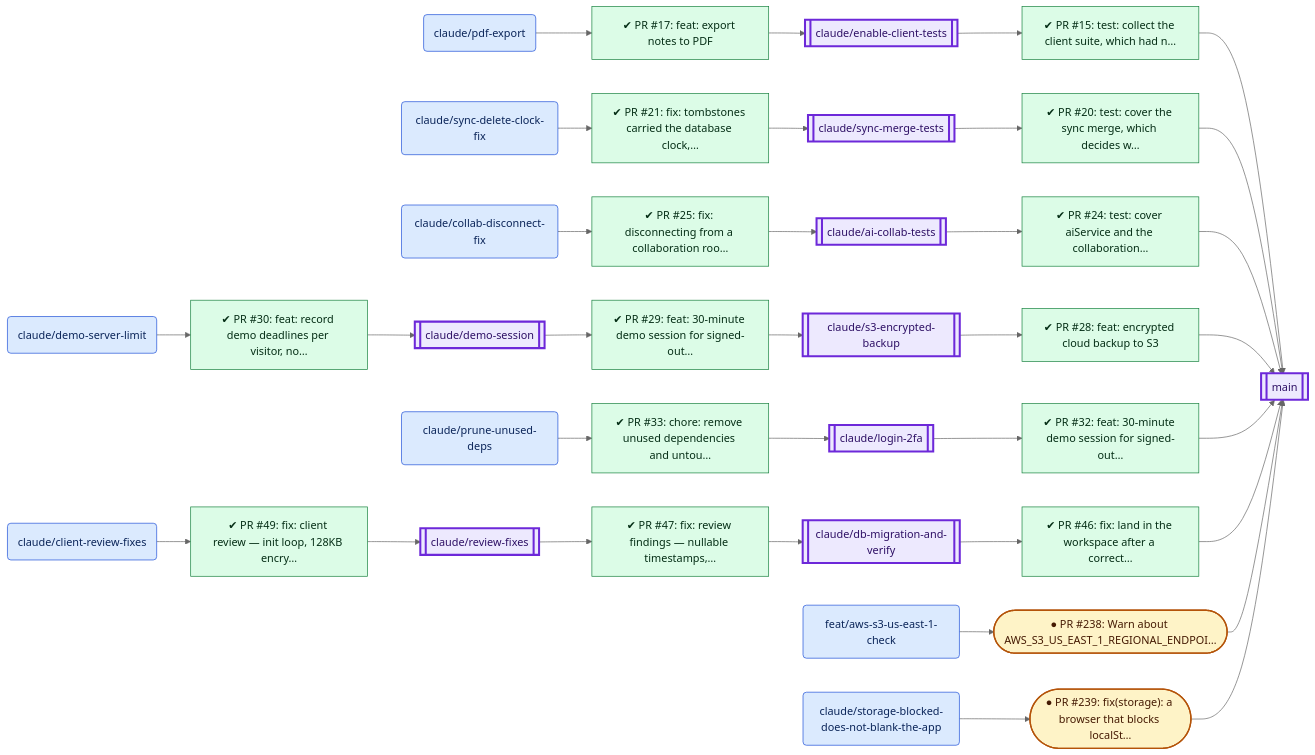
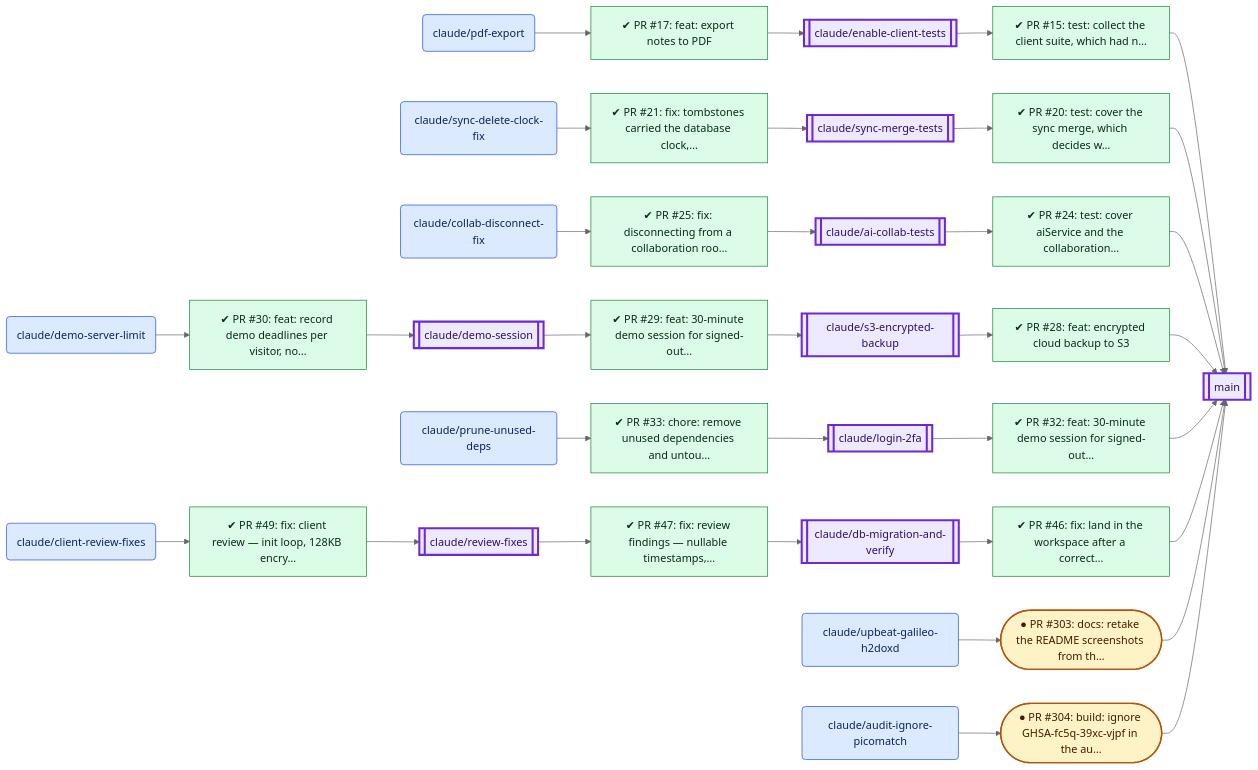
The second of 7 diagrams in docs/PR_BRANCH_VISUALIZATION.md (VijayKumaro7/NotionAI_Notepad), drawn with Mermaid (neutral theme) before and after one commit. The commit also changed other lines of this file and 2 other files, not shown here.

````diff
--- a/docs/PR_BRANCH_VISUALIZATION.md
+++ b/docs/PR_BRANCH_VISUALIZATION.md
@@ -77,73 +77,73 @@
 ```mermaid
 flowchart LR
-  b24[["claude/enable-client-tests"]]:::target
-  b133[["main"]]:::target
-  b38("claude/pdf-export"):::source
-  b61[["claude/sync-merge-tests"]]:::target
-  b60("claude/sync-delete-clock-fix"):::source
-  b7[["claude/ai-collab-tests"]]:::target
-  b14("claude/collab-disconnect-fix"):::source
-  b47[["claude/s3-encrypted-backup"]]:::target
-  b20[["claude/demo-session"]]:::target
-  b19("claude/demo-server-limit"):::source
-  b37[["claude/login-2fa"]]:::target
-  b40("claude/prune-unused-deps"):::source
-  b18[["claude/db-migration-and-verify"]]:::target
-  b46[["claude/review-fixes"]]:::target
-  b10("claude/client-review-fixes"):::source
-  b118("feat/aws-s3-us-east-1-check"):::source
-  b58("claude/storage-blocked-does-not-blank-the-app"):::source
+  b31[["claude/enable-client-tests"]]:::target
+  b184[["main"]]:::target
+  b50("claude/pdf-export"):::source
+  b82[["claude/sync-merge-tests"]]:::target
+  b81("claude/sync-delete-clock-fix"):::source
+  b8[["claude/ai-collab-tests"]]:::target
+  b19("claude/collab-disconnect-fix"):::source
+  b64[["claude/s3-encrypted-backup"]]:::target
+  b26[["claude/demo-session"]]:::target
+  b25("claude/demo-server-limit"):::source
+  b48[["claude/login-2fa"]]:::target
+  b53("claude/prune-unused-deps"):::source
+  b24[["claude/db-migration-and-verify"]]:::target
+  b63[["claude/review-fixes"]]:::target
+  b14("claude/client-review-fixes"):::source
+  b94("claude/upbeat-galileo-h2doxd"):::source
+  b10("claude/audit-ignore-picomatch"):::source
   p15["✔ PR #15: test: collect the client suite, which had n…"]:::merged
   p17["✔ PR #17: feat: export notes to PDF"]:::merged
   p20["✔ PR #20: test: cover the sync merge, which decides w…"]:::merged
   p21["✔ PR #21: fix: tombstones carried the database clock,…"]:::merged
   p24["✔ PR #24: test: cover aiService and the collaboration…"]:::merged
   p25["✔ PR #25: fix: disconnecting from a collaboration roo…"]:::merged
   p28["✔ PR #28: feat: encrypted cloud backup to S3"]:::merged
   p29["✔ PR #29: feat: 30-minute demo session for signed-out…"]:::merged
   p30["✔ PR #30: feat: record demo deadlines per visitor, no…"]:::merged
   p32["✔ PR #32: feat: 30-minute demo session for signed-out…"]:::merged
   p33["✔ PR #33: chore: remove unused dependencies and untou…"]:::merged
   p46["✔ PR #46: fix: land in the workspace after a correct…"]:::merged
   p47["✔ PR #47: fix: review findings — nullable timestamps,…"]:::merged
   p49["✔ PR #49: fix: client review — init loop, 128KB encry…"]:::merged
-  p238(["● PR #238: Warn about AWS_S3_US_EAST_1_REGIONAL_ENDPOI…"]):::open
-  p239(["● PR #239: fix(storage): a browser that blocks localSt…"]):::open
-  b24 --> p15
-  p15 --> b133
-  b38 --> p17
-  p17 --> b24
-  b61 --> p20
-  p20 --> b133
-  b60 --> p21
-  p21 --> b61
-  b7 --> p24
-  p24 --> b133
-  b14 --> p25
-  p25 --> b7
-  b47 --> p28
-  p28 --> b133
-  b20 --> p29
-  p29 --> b47
-  b19 --> p30
-  p30 --> b20
-  b37 --> p32
-  p32 --> b133
-  b40 --> p33
-  p33 --> b37
-  b18 --> p46
-  p46 --> b133
-  b46 --> p47
-  p47 --> b18
-  b10 --> p49
-  p49 --> b46
-  b118 --> p238
-  p238 --> b133
-  b58 --> p239
-  p239 --> b133
+  p303(["● PR #303: docs: retake the README screenshots from th…"]):::open
+  p304(["● PR #304: build: ignore GHSA-fc5q-39xc-vjpf in the au…"]):::open
+  b31 --> p15
+  p15 --> b184
+  b50 --> p17
+  p17 --> b31
+  b82 --> p20
+  p20 --> b184
+  b81 --> p21
+  p21 --> b82
+  b8 --> p24
+  p24 --> b184
+  b19 --> p25
+  p25 --> b8
+  b64 --> p28
+  p28 --> b184
+  b26 --> p29
+  p29 --> b64
+  b25 --> p30
+  p30 --> b26
+  b48 --> p32
+  p32 --> b184
+  b53 --> p33
+  p33 --> b48
+  b24 --> p46
+  p46 --> b184
+  b63 --> p47
+  p47 --> b24
+  b14 --> p49
+  p49 --> b63
+  b94 --> p303
+  p303 --> b184
+  b10 --> p304
+  p304 --> b184
   classDef source fill:#dbeafe,stroke:#1d4ed8,color:#0b2559
   classDef target fill:#ede9fe,stroke:#6d28d9,stroke-width:3px,color:#2e1065
   classDef open fill:#fef3c7,stroke:#b45309,stroke-width:2px,color:#451a03
   classDef merged fill:#dcfce7,stroke:#15803d,color:#052e16
   classDef closed fill:#f3f4f6,stroke:#b91c1c,stroke-dasharray:5 3,color:#111827
 ```
````
